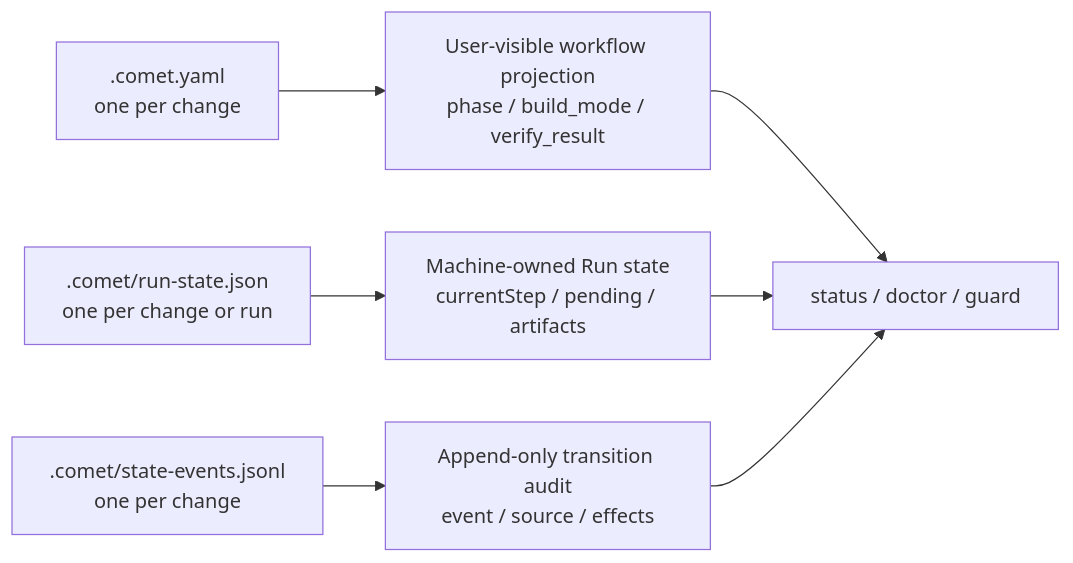
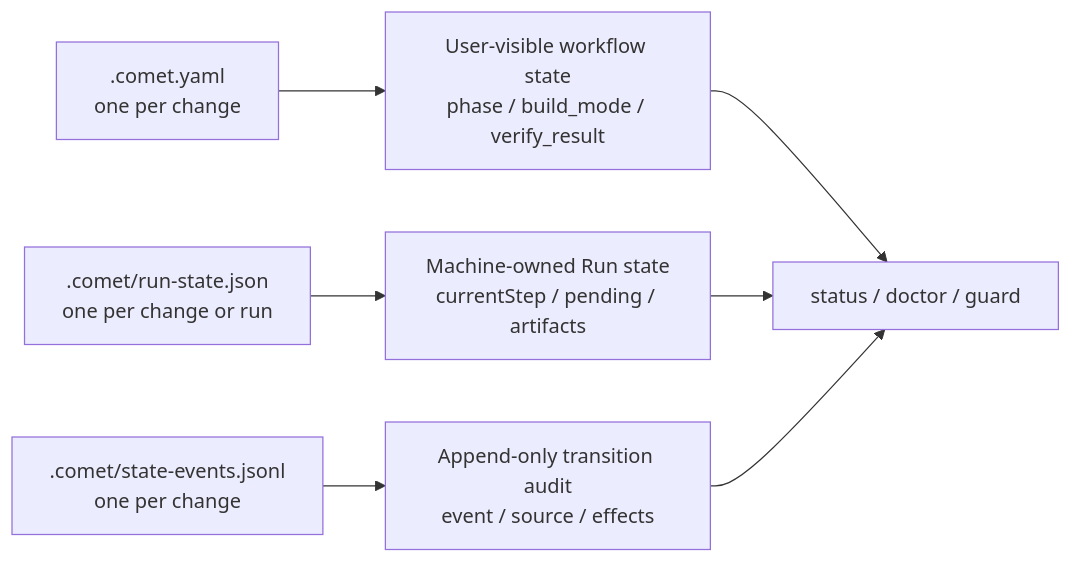
Before and after one commit to rpamis/comet-website-docs: the diagram in en/concepts/state-management.mdx, drawn with Mermaid. The commit also changed other lines of this file and 30 other files, not shown here.

````diff
--- a/en/concepts/state-management.mdx
+++ b/en/concepts/state-management.mdx
@@ -28,9 +38,9 @@
 ```mermaid
 flowchart LR
-  A[".comet.yaml<br/>one per change"] --> B["User-visible workflow projection<br/>phase / build_mode / verify_result"]
+  A[".comet.yaml<br/>one per change"] --> B["User-visible workflow state<br/>phase / build_mode / verify_result"]
   C[".comet/run-state.json<br/>one per change or run"] --> D["Machine-owned Run state<br/>currentStep / pending / artifacts"]
   E[".comet/state-events.jsonl<br/>one per change"] --> F["Append-only transition audit<br/>event / source / effects"]
   B --> G["status / doctor / guard"]
   D --> G
   F --> G
 ```
````
